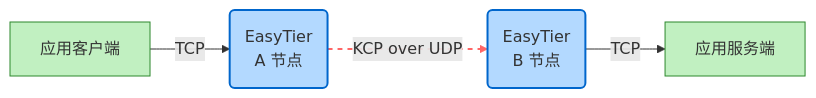
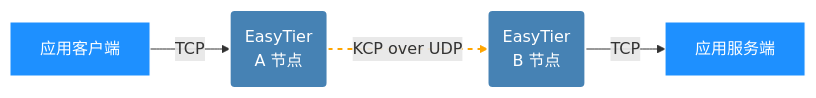
Before and after one commit to EasyTier/easytier.github.io: the diagram in guide/network/kcp-proxy.md, drawn with Mermaid. The commit also changed other lines of this file and 24 other files, not shown here.

````diff
--- a/guide/network/kcp-proxy.md
+++ b/guide/network/kcp-proxy.md
@@ -8,19 +11,17 @@
 ```mermaid
-
 graph LR
-    A[应用客户端] -->|TCP| B(EasyTier</br>A 节点)
-    B -->|KCP over UDP| C(EasyTier</br>B 节点)
+    A[应用客户端] -->|TCP| B(EasyTier<br/>A 节点)
+    B -->|KCP over UDP| C(EasyTier<br/>B 节点)
     C -->|TCP| D[应用服务端]
 
-    classDef endpoint fill:#c1f0c1,stroke:#2d882d
-    classDef easy fill:#b3d9ff,stroke:#0066cc
-    classDef transport stroke:#ff6666,stroke-width:2px
+    classDef endpoint fill:#1e90ff,stroke:#ffffff,color:#ffffff
+    classDef easy fill:#4682b4,stroke:#ffffff,color:#ffffff
+    classDef transport stroke:#ffa500,stroke-width:2px
 
     class A,D endpoint
     class B,C easy
-    linkStyle 1 stroke:#ff6666,stroke-width:2px,stroke-dasharray:5 5
+    linkStyle 1 stroke:#ffa500,stroke-width:2px,stroke-dasharray:5 5
 
     style B stroke-width:2px
     style C stroke-width:2px
-
 ```
````
